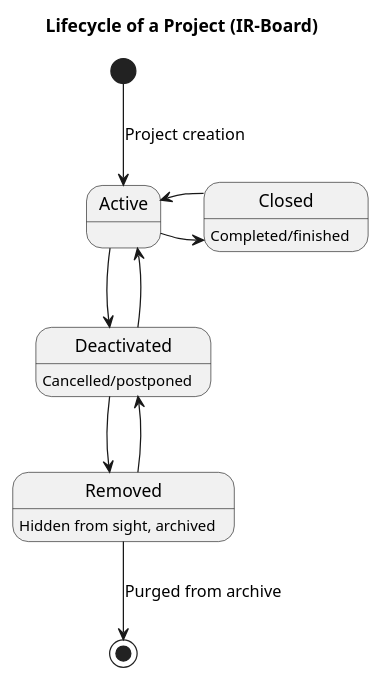
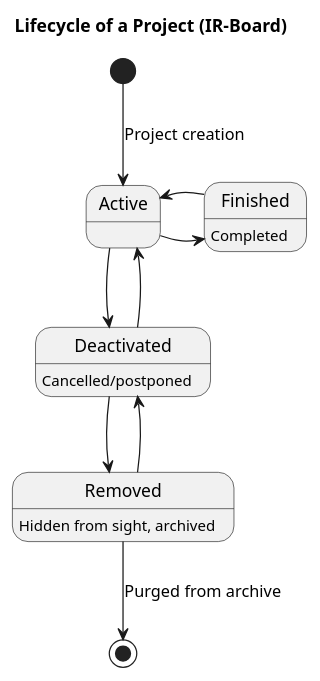
Before and after one commit to Y4vra/IRBoard: the diagram in docs/diagrams/ProjectStates.puml, drawn with PlantUML. The commit also changed 23 other files, not shown here.

```diff
--- a/docs/diagrams/ProjectStates.puml
+++ b/docs/diagrams/ProjectStates.puml
@@ -1,27 +1,27 @@
 @startuml ProjectStates
 title Lifecycle of a Project (IR-Board)
 
 state Active
 
-State Closed: Completed/finished
+State Finished: Completed
 
 State Deactivated: Cancelled/postponed
 
 State Removed: Hidden from sight, archived
 
 
 ' Transiciones
 [*] -down-> Active: Project creation
 
-Active -right-> Closed
-Closed -left-> Active
+Active -right-> Finished
+Finished -left-> Active
 
 Active --> Deactivated
 Deactivated --> Active
 
 Deactivated --> Removed
 Removed --> Deactivated
 
 Removed --> [*]: Purged from archive
 
 @enduml
```
